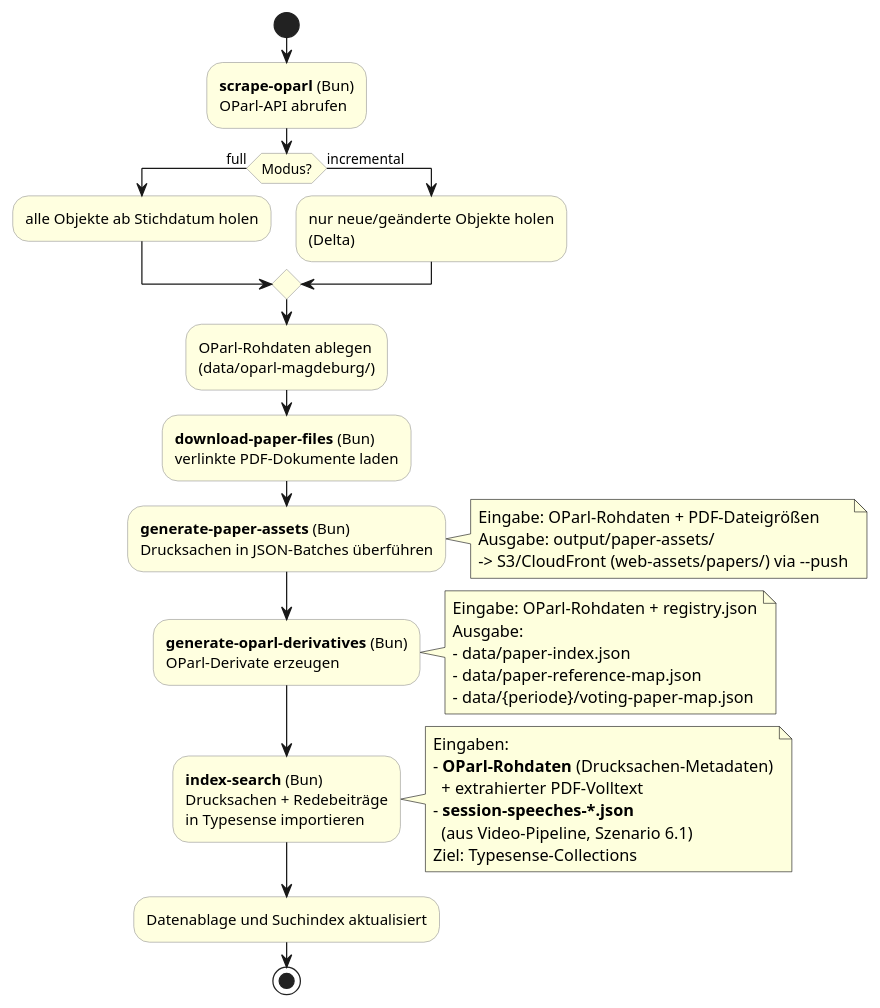
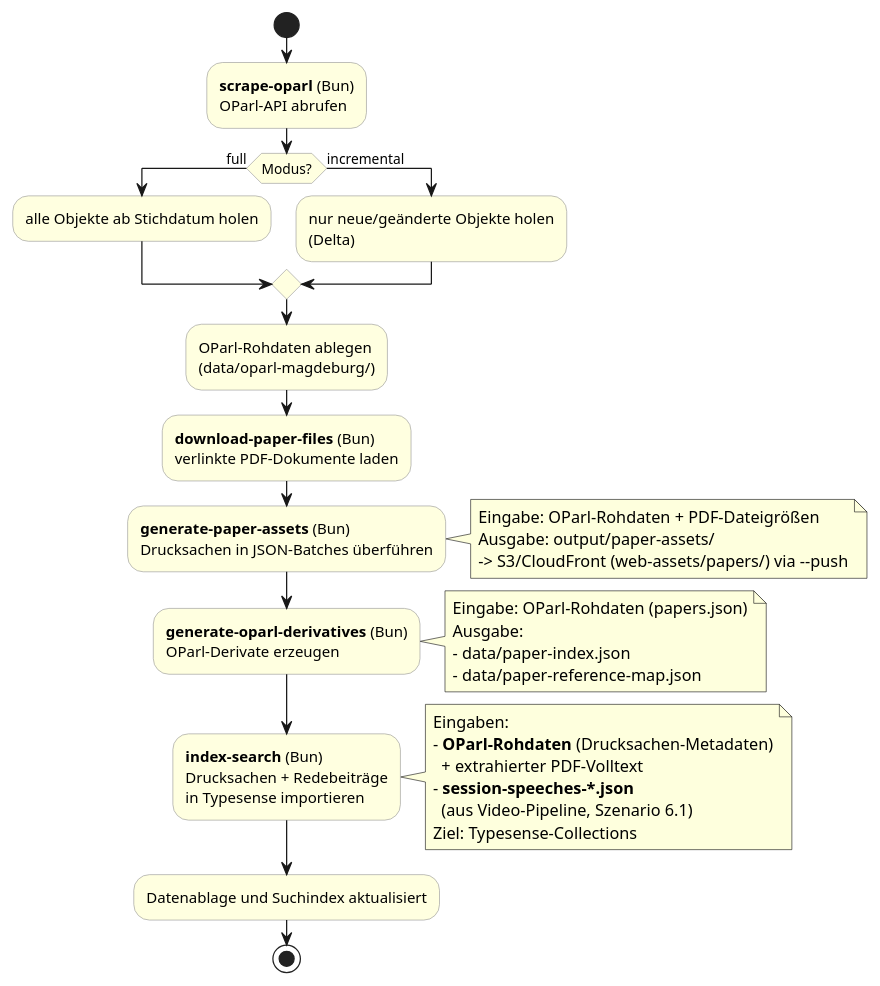
One commit to JensWinter/StadtratWatch-web changed the diagram in docs/arc42/06-laufzeitsicht/02-oparl-ingestion.adoc. Above: the diagram before and after it, drawn with PlantUML. The commit also changed other lines of this file and 37 other files, not shown here.

```diff
--- a/docs/arc42/06-laufzeitsicht/02-oparl-ingestion.adoc
+++ b/docs/arc42/06-laufzeitsicht/02-oparl-ingestion.adoc
@@ -28,48 +27,47 @@
 [plantuml,lz-oparl-ingestion,svg]
 ....
 @startuml
 skinparam shadowing false
 skinparam activity {
   BackgroundColor #lightyellow
   BorderColor #999999
 }
 
 start
 :**scrape-oparl** (Bun)\nOParl-API abrufen;
 if (Modus?) then (full)
   :alle Objekte ab Stichdatum holen;
 else (incremental)
   :nur neue/geänderte Objekte holen\n(Delta);
 endif
 :OParl-Rohdaten ablegen\n(data/oparl-magdeburg/);
 
 :**download-paper-files** (Bun)\nverlinkte PDF-Dokumente laden;
 :**generate-paper-assets** (Bun)\nDrucksachen in JSON-Batches überführen;
 note right
   Eingabe: OParl-Rohdaten + PDF-Dateigrößen
   Ausgabe: output/paper-assets/
   -> S3/CloudFront (web-assets/papers/) via --push
 end note
 
 :**generate-oparl-derivatives** (Bun)\nOParl-Derivate erzeugen;
 note right
-  Eingabe: OParl-Rohdaten + registry.json
+  Eingabe: OParl-Rohdaten (papers.json)
   Ausgabe:
   - data/paper-index.json
   - data/paper-reference-map.json
-  - data/{periode}/voting-paper-map.json
 end note
 
 :**index-search** (Bun)\nDrucksachen + Redebeiträge\nin Typesense importieren;
 note right
   Eingaben:
   - **OParl-Rohdaten** (Drucksachen-Metadaten)
     + extrahierter PDF-Volltext
   - **session-speeches-*.json**
     (aus Video-Pipeline, Szenario 6.1)
   Ziel: Typesense-Collections
 end note
 :Datenablage und Suchindex aktualisiert;
 stop
 @enduml
 ....
```
